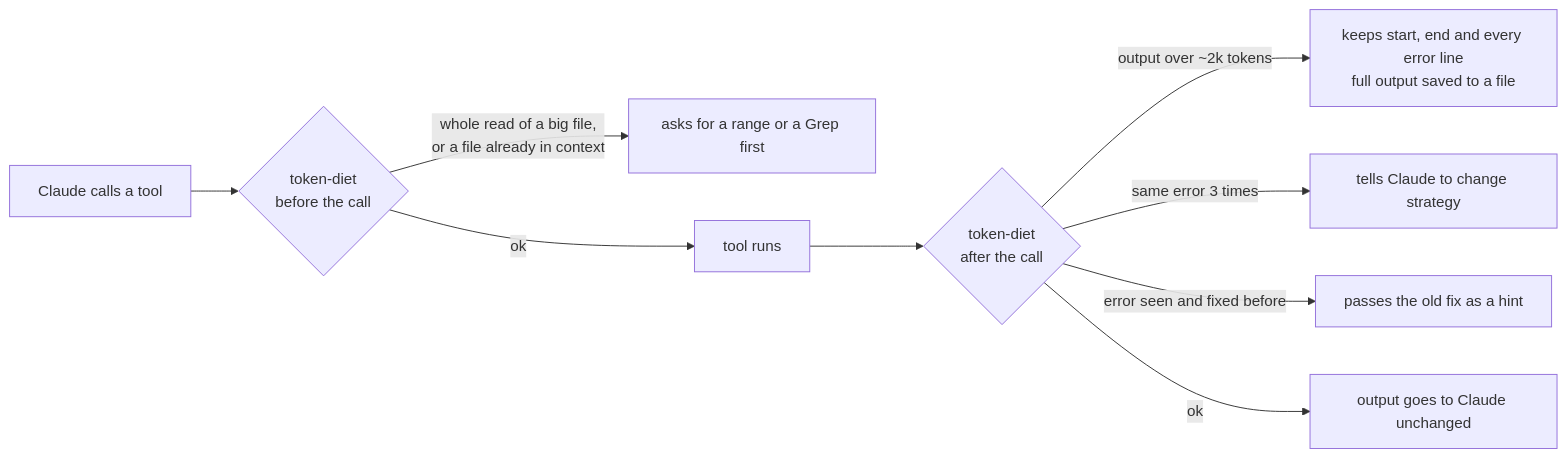
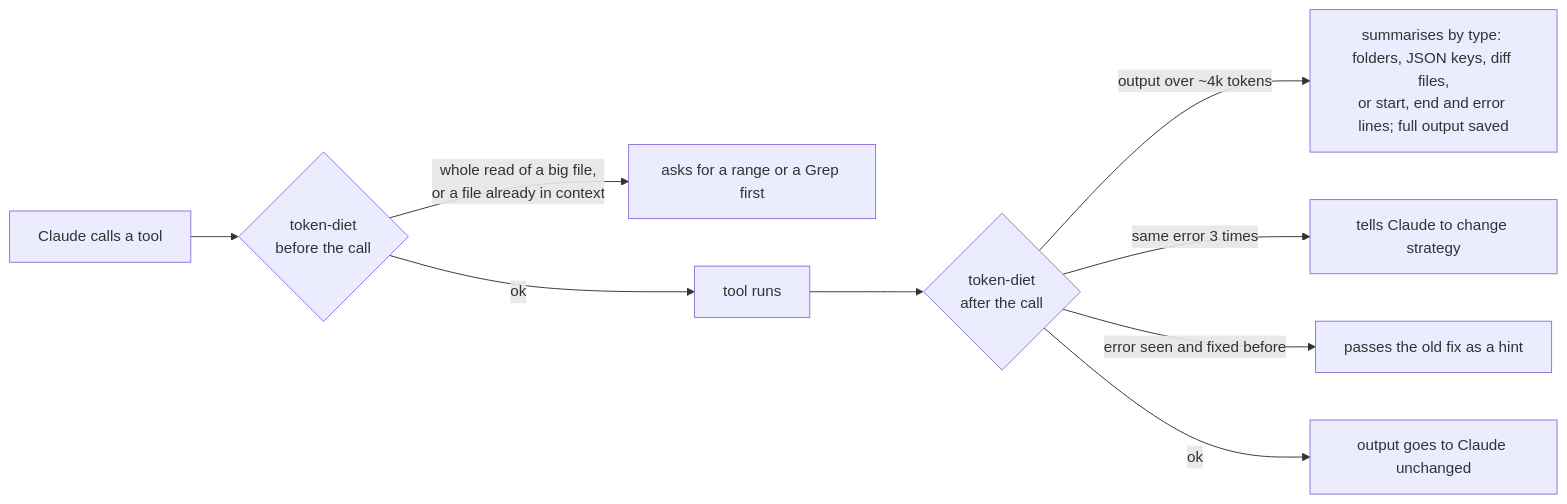
Before and after one commit to maca-codes/meno-tokens: the diagram in README.md, drawn with Mermaid. The commit also changed other lines of this file and 10 other files, not shown here.

````diff
--- a/README.md
+++ b/README.md
@@ -28,11 +28,11 @@
 ```mermaid
 flowchart LR
     A[Claude calls a tool] --> B{token-diet<br/>before the call}
     B -- "whole read of a big file,<br/>or a file already in context" --> C[asks for a range or a Grep first]
     B -- ok --> D[tool runs]
     D --> E{token-diet<br/>after the call}
-    E -- "output over ~2k tokens" --> F[keeps start, end and every error line<br/>full output saved to a file]
+    E -- "output over ~4k tokens" --> F[summarises by type: folders, JSON keys, diff files,<br/>or start, end and error lines; full output saved]
     E -- "same error 3 times" --> G[tells Claude to change strategy]
     E -- "error seen and fixed before" --> H[passes the old fix as a hint]
     E -- ok --> I[output goes to Claude unchanged]
 ```
````
